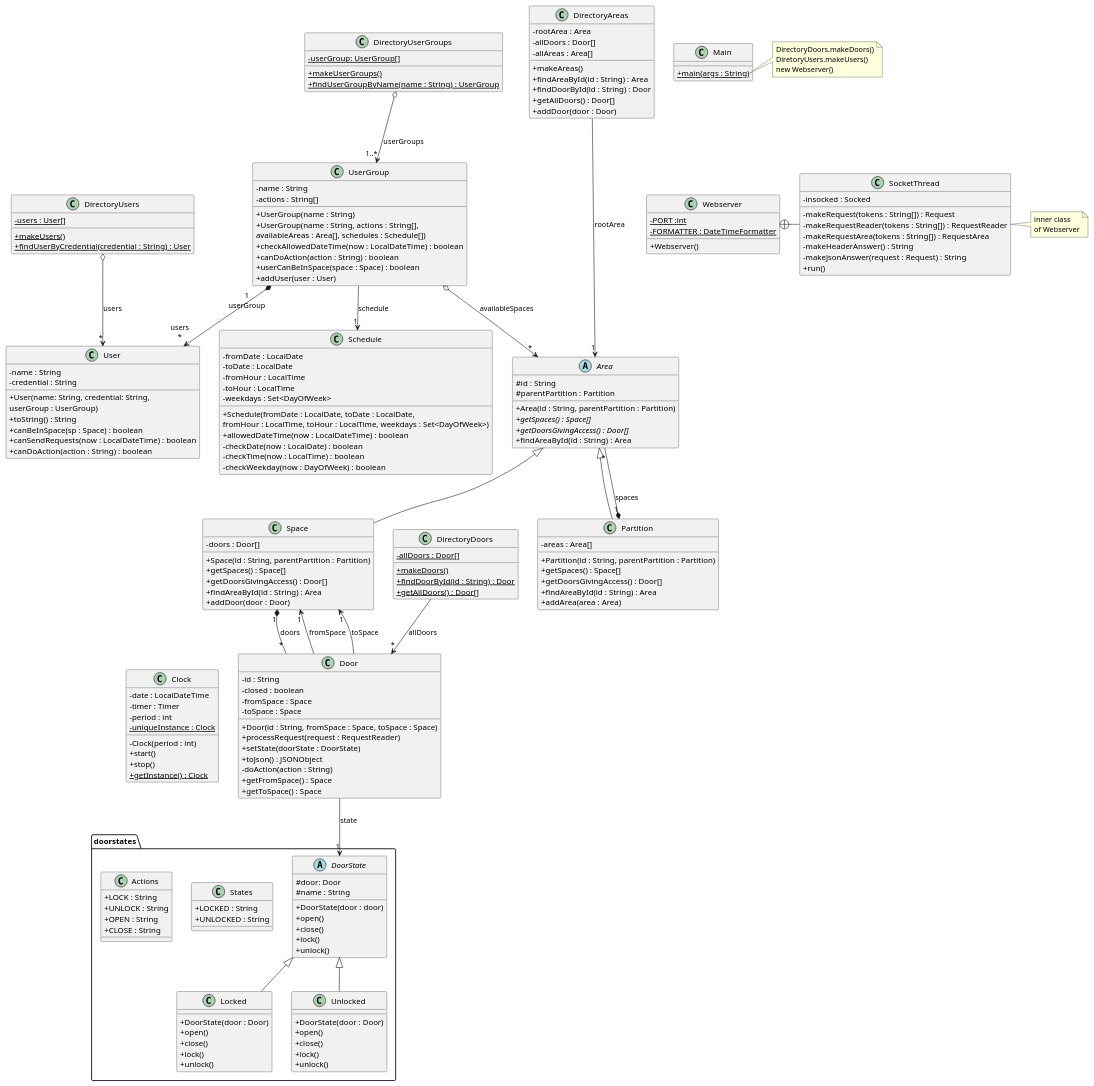
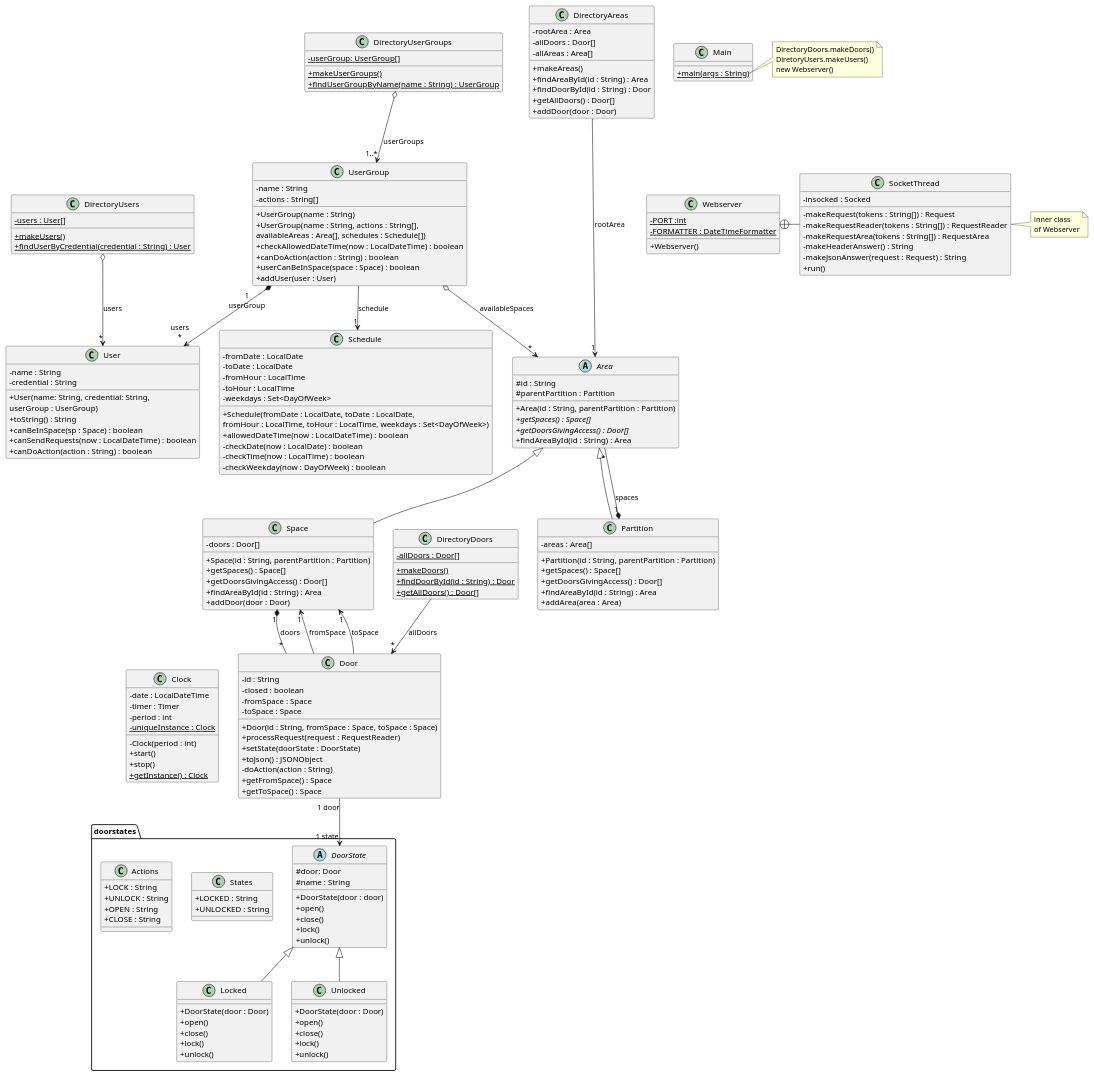
One commit to leonhrt/DSW-ACS changed the diagram in src/baseNoStates/uml/base_no_states.puml. Above: the diagram before and after it, drawn with PlantUML. The commit also changed 8 other files, not shown here.

```diff
--- a/src/baseNoStates/uml/base_no_states.puml
+++ b/src/baseNoStates/uml/base_no_states.puml
@@ -205,7 +205,7 @@
 DirectoryAreas -[hidden]left- DirectoryUserGroups
 Clock -[hidden]right- Door
 
-Door --> " 1" DoorState : state
+Door "1 door" --> "1 state" DoorState
 Door --> "1" Space : fromSpace
 Door --> "1" Space : toSpace
 Space "1" *-- "*" Door : doors
```
